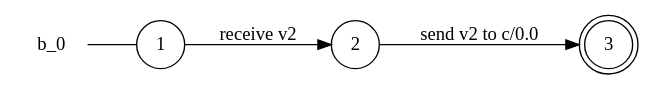
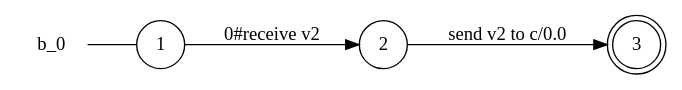
One commit to gabrielegenovese/chorer changed the diagram in examples/trick/trick2/b_0_local_view.dot. Above: the diagram before and after it, drawn with Graphviz. The commit also changed 81 other files, not shown here.

```diff
--- a/examples/trick/trick2/b_0_local_view.dot
+++ b/examples/trick/trick2/b_0_local_view.dot
@@ -1,11 +1,11 @@
 digraph b_0 {
 	rankdir="LR";
 	n_0 [label="b_0", shape="plaintext"];
 	n_1 [id="1", shape=circle, label="1"];
 	n_0 -> n_1 [arrowhead=none];
 	n_2 [id="2", shape=circle, label="2"];
 	n_3 [id="3", shape=doublecircle, label="3"];
 
 	n_2 -> n_3 [id="[$e|1]", label="send v2 to c/0.0"];
-	n_1 -> n_2 [id="[$e|0]", label="receive v2"];
+	n_1 -> n_2 [id="[$e|0]", label="0#receive v2"];
 }
```
